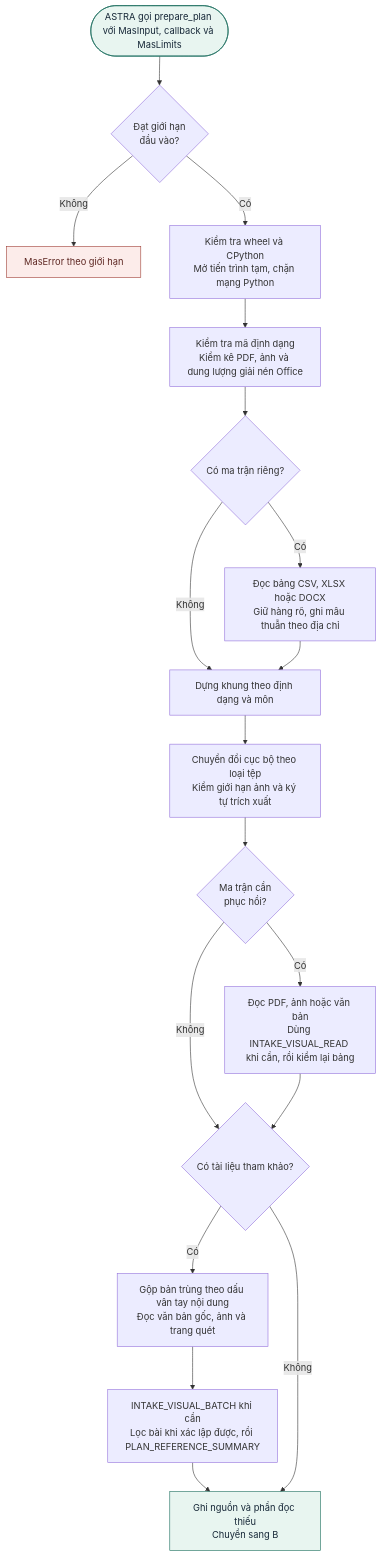
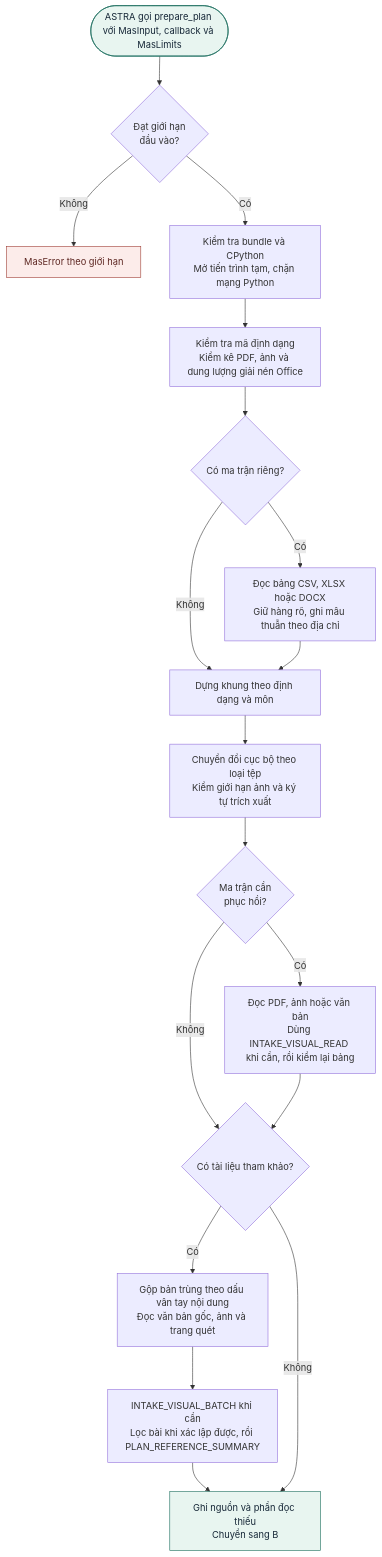
Before and after one commit to ndmhuy/ASTRA: the first of 3 diagrams in docs/mas/ASTRA_MAS_INGEST_FLOW.md, drawn with Mermaid. The commit also changed other lines of this file and 8 other files, not shown here.

````diff
--- a/docs/mas/ASTRA_MAS_INGEST_FLOW.md
+++ b/docs/mas/ASTRA_MAS_INGEST_FLOW.md
@@ -9,25 +9,25 @@
 ```mermaid
 flowchart TD
   A0(["ASTRA gọi prepare_plan với MasInput, callback và MasLimits"])
   A0 --> A1{"Đạt giới hạn<br/>đầu vào?"}
   A1 -->|Không| AE["MasError theo giới hạn"]
-  A1 -->|Có| A2["Kiểm tra wheel và CPython<br/>Mở tiến trình tạm, chặn mạng Python"]
+  A1 -->|Có| A2["Kiểm tra bundle và CPython<br/>Mở tiến trình tạm, chặn mạng Python"]
   A2 --> A3["Kiểm tra mã định dạng<br/>Kiểm kê PDF, ảnh và dung lượng giải nén Office"]
   A3 --> A4{"Có ma trận riêng?"}
   A4 -->|Không| A6["Dựng khung theo định dạng và môn"]
   A4 -->|Có| A5["Đọc bảng CSV, XLSX hoặc DOCX<br/>Giữ hàng rõ, ghi mâu thuẫn theo địa chỉ"]
   A5 --> A6
   A6 --> A7["Chuyển đổi cục bộ theo loại tệp<br/>Kiểm giới hạn ảnh và ký tự trích xuất"]
   A7 --> A8{"Ma trận cần<br/>phục hồi?"}
   A8 -->|Có| A9["Đọc PDF, ảnh hoặc văn bản<br/>Dùng INTAKE_VISUAL_READ khi cần, rồi kiểm lại bảng"]
   A8 -->|Không| A10{"Có tài liệu tham khảo?"}
   A9 --> A10
   A10 -->|Có| A11["Gộp bản trùng theo dấu vân tay nội dung<br/>Đọc văn bản gốc, ảnh và trang quét"]
   A11 --> A12["INTAKE_VISUAL_BATCH khi cần<br/>Lọc bài khi xác lập được, rồi PLAN_REFERENCE_SUMMARY"]
   A12 --> A13["Ghi nguồn và phần đọc thiếu<br/>Chuyển sang B"]
   A10 -->|Không| A13
   classDef terminal fill:#e8f5f0,stroke:#176b5a,color:#172838
   classDef error fill:#fcecea,stroke:#9d3c33,color:#5e2823
   class A0,A13 terminal
   class AE error
 ```
````
